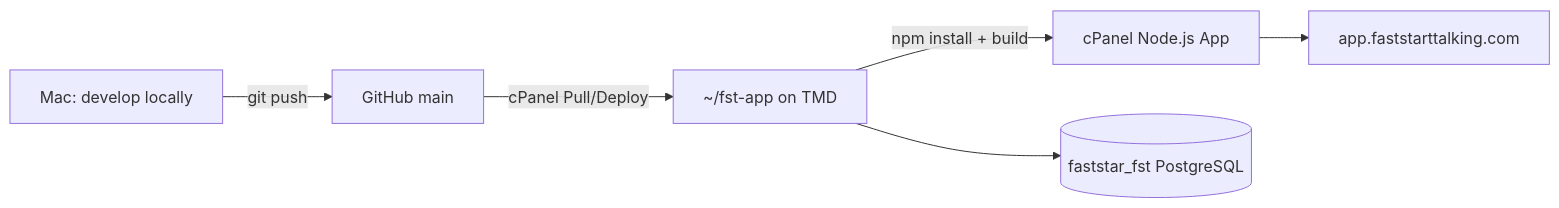
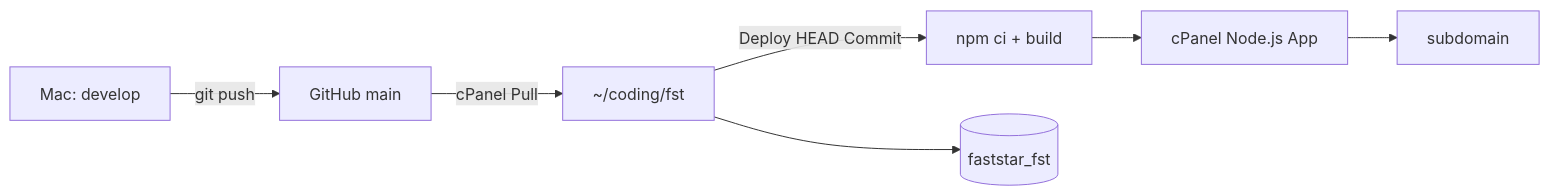
One commit to ekddigital/fst changed the diagram in docs/TMD_DEPLOY.md. Above: the diagram before and after it, drawn with Mermaid. The commit also changed other lines of this file and 2 other files, not shown here.

First line of the commit message:
Add cPanel deploy config for TMD Git clone at coding/fst.

````diff
--- a/docs/TMD_DEPLOY.md
+++ b/docs/TMD_DEPLOY.md
@@ -275,8 +197,9 @@
 ```mermaid
 flowchart LR
-  Mac[Mac: develop locally] -->|git push| GH[GitHub main]
-  GH -->|cPanel Pull/Deploy| Server[~/fst-app on TMD]
-  Server -->|npm install + build| Node[cPanel Node.js App]
-  Node --> Sub[app.faststarttalking.com]
-  Server --> PG[(faststar_fst PostgreSQL)]
+  Mac[Mac: develop] -->|git push| GH[GitHub main]
+  GH -->|cPanel Pull| Server[~/coding/fst]
+  Server -->|Deploy HEAD Commit| Build[npm ci + build]
+  Build --> Node[cPanel Node.js App]
+  Node --> Sub[subdomain]
+  Server --> PG[(faststar_fst)]
 ```
````
